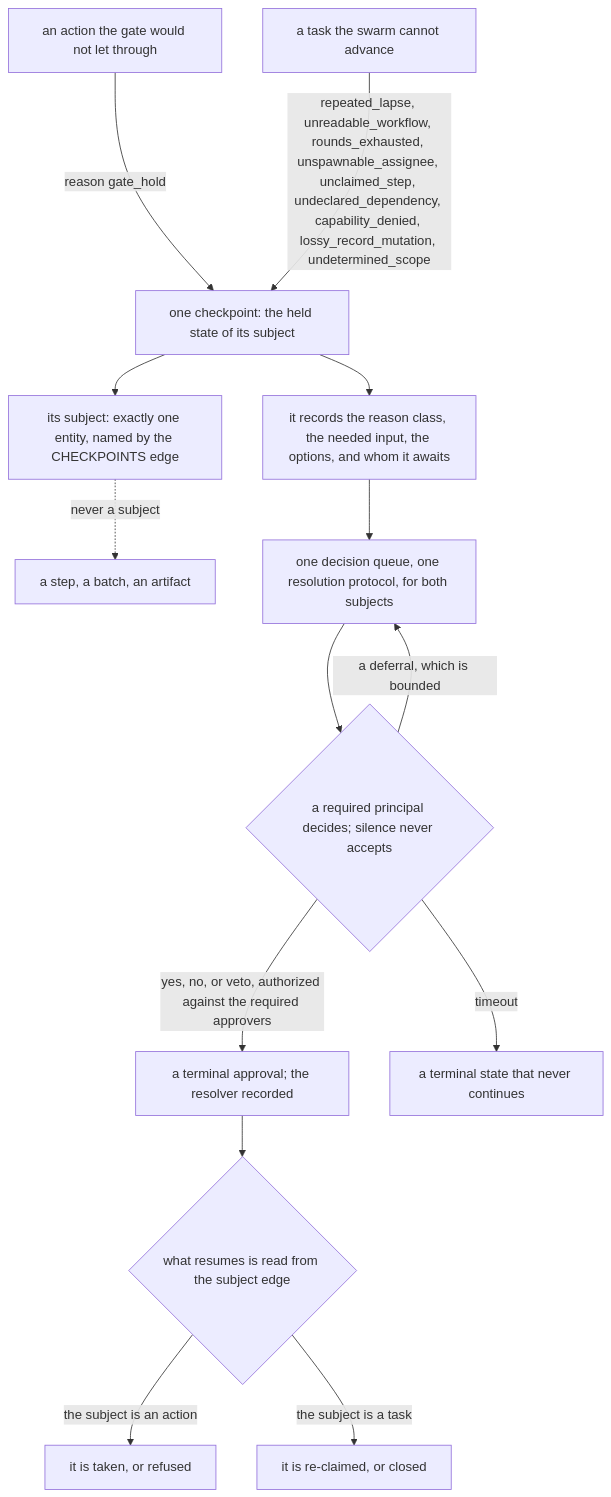
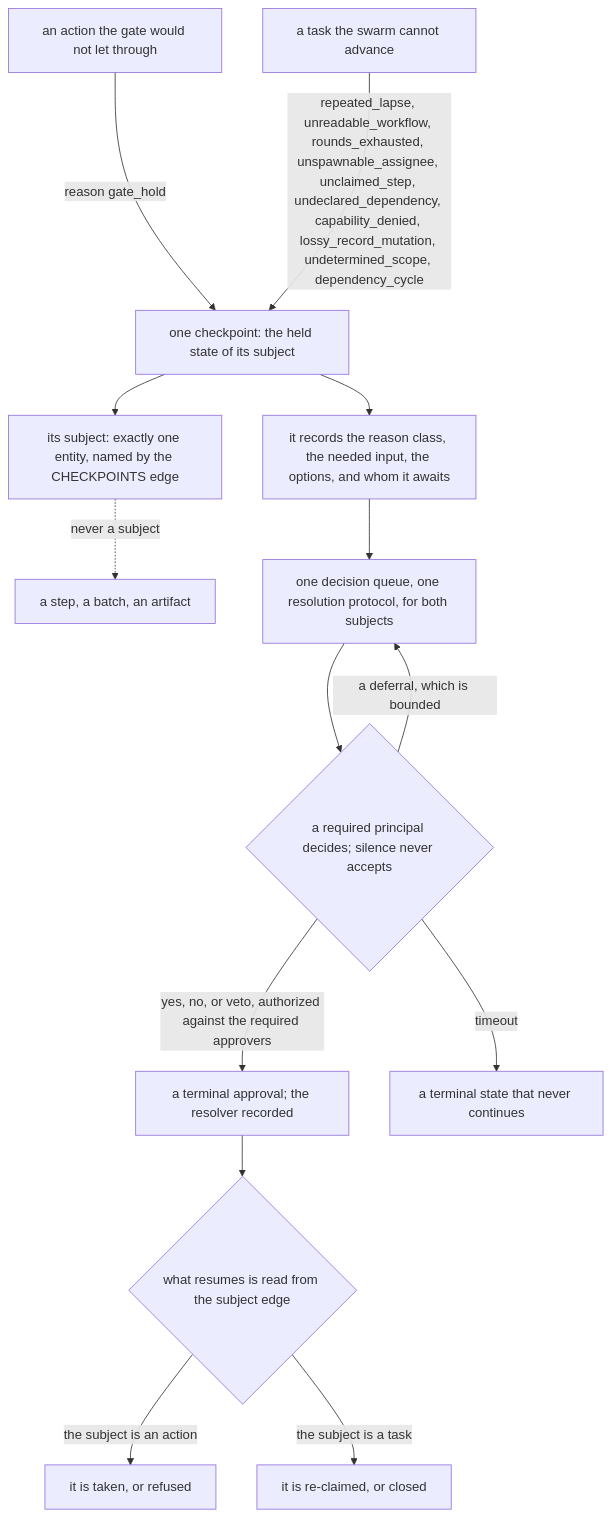
One commit to markmhendrickson/ateles changed the diagram in docs/foundation/gates_and_workflows.md. Above: the diagram before and after it, drawn with Mermaid. The commit also changed other lines of this file and 11 other files, not shown here.

````diff
--- a/docs/foundation/gates_and_workflows.md
+++ b/docs/foundation/gates_and_workflows.md
@@ -495,16 +524,16 @@
 ```mermaid
 flowchart TD
     A["an action the gate would not let through"] -->|"reason gate_hold"| CK
-    T["a task the swarm cannot advance"] -->|"repeated_lapse, unreadable_workflow, rounds_exhausted, unspawnable_assignee, unclaimed_step, undeclared_dependency, capability_denied, lossy_record_mutation, undetermined_scope"| CK
+    T["a task the swarm cannot advance"] -->|"repeated_lapse, unreadable_workflow, rounds_exhausted, unspawnable_assignee, unclaimed_step, undeclared_dependency, capability_denied, lossy_record_mutation, undetermined_scope, dependency_cycle"| CK
     CK["one checkpoint: the held state of its subject"] --> S["its subject: exactly one entity, named by the CHECKPOINTS edge"]
     S -.->|"never a subject"| NS["a step, a batch, an artifact"]
     CK --> F["it records the reason class, the needed input, the options, and whom it awaits"]
     F --> QUEUE["one decision queue, one resolution protocol, for both subjects"]
     QUEUE --> DEC{"a required principal decides; silence never accepts"}
     DEC -->|"a deferral, which is bounded"| QUEUE
     DEC -->|"yes, no, or veto, authorized against the required approvers"| TERM["a terminal approval; the resolver recorded"]
     DEC -->|"timeout"| TO["a terminal state that never continues"]
     TERM --> WHAT{"what resumes is read from the subject edge"}
     WHAT -->|"the subject is an action"| RA["it is taken, or refused"]
     WHAT -->|"the subject is a task"| RT["it is re-claimed, or closed"]
 ```
````
